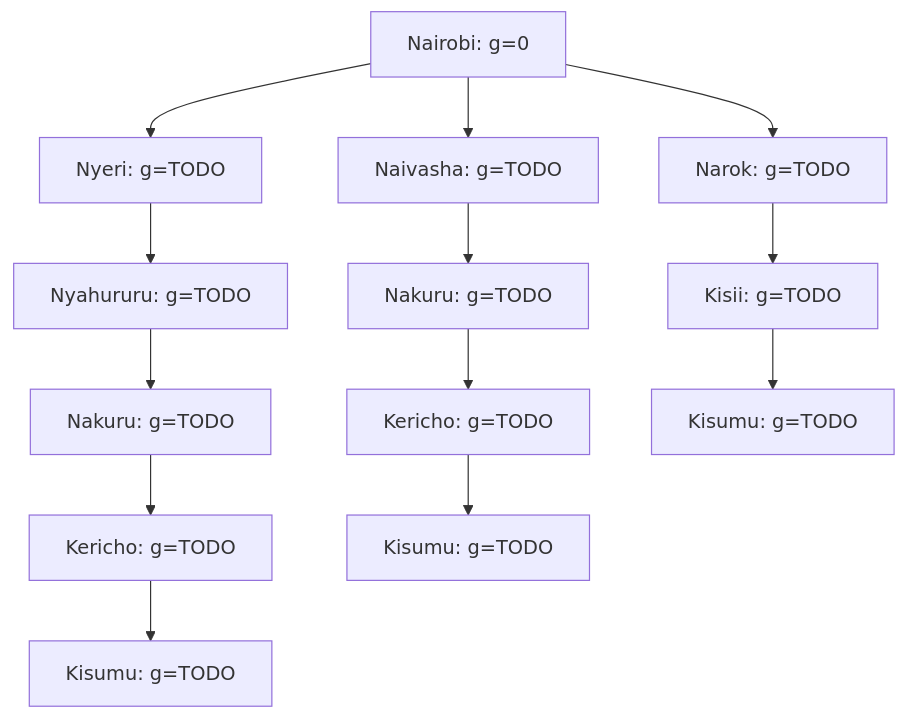
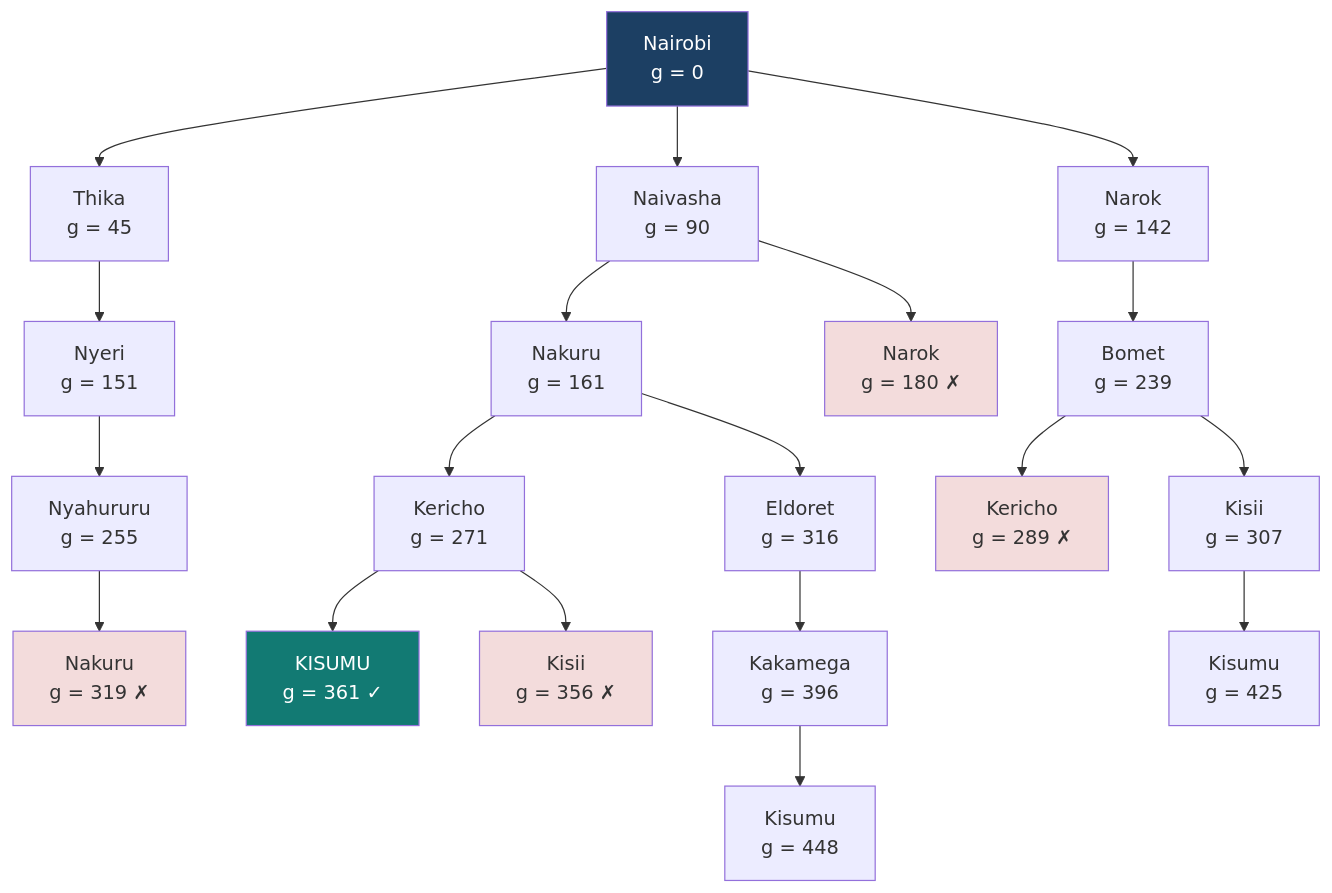
One commit to AustineIgunza/PS-Agents changed the second of 2 diagrams in design.md. Above: the diagram before and after it, drawn with Mermaid. The commit also changed other lines of this file and 1 other file, not shown here.

````diff
--- a/design.md
+++ b/design.md
@@ -111,15 +145,36 @@
 ```mermaid
-flowchart TD
-    T0["Nairobi: g=0"] --> T1["Naivasha: g=TODO"]
-    T0 --> T2["Nyeri: g=TODO"]
-    T0 --> T3["Narok: g=TODO"]
-    T1 --> T4["Nakuru: g=TODO"]
-    T2 --> T5["Nyahururu: g=TODO"]
-    T5 --> T6["Nakuru: g=TODO"]
-    T4 --> T7["Kericho: g=TODO"]
-    T6 --> T8["Kericho: g=TODO"]
-    T3 --> T9["Kisii: g=TODO"]
-    T7 --> T10["Kisumu: g=TODO"]
-    T8 --> T11["Kisumu: g=TODO"]
-    T9 --> T12["Kisumu: g=TODO"]
+graph TD
+    R["Nairobi<br/>g = 0"]
+
+    R --> A["Thika<br/>g = 45"]
+    R --> B["Naivasha<br/>g = 90"]
+    R --> C["Narok<br/>g = 142"]
+
+    A --> A1["Nyeri<br/>g = 151"]
+    A1 --> A2["Nyahururu<br/>g = 255"]
+    A2 --> A3["Nakuru<br/>g = 319 ✗"]
+
+    B --> B1["Nakuru<br/>g = 161"]
+    B --> B2["Narok<br/>g = 180 ✗"]
+
+    B1 --> B3["Kericho<br/>g = 271"]
+    B1 --> B4["Eldoret<br/>g = 316"]
+
+    B3 --> B5["KISUMU<br/>g = 361 ✓"]
+    B3 --> B6["Kisii<br/>g = 356 ✗"]
+
+    B4 --> B7["Kakamega<br/>g = 396"]
+    B7 --> B8["Kisumu<br/>g = 448"]
+
+    C --> C1["Bomet<br/>g = 239"]
+    C1 --> C2["Kericho<br/>g = 289 ✗"]
+    C1 --> C3["Kisii<br/>g = 307"]
+    C3 --> C4["Kisumu<br/>g = 425"]
+
+    style R fill:#1C3F63,color:#fff
+    style B5 fill:#127A73,color:#fff
+    style A3 fill:#F3DCDC
+    style B2 fill:#F3DCDC
+    style B6 fill:#F3DCDC
+    style C2 fill:#F3DCDC
 ```
````
